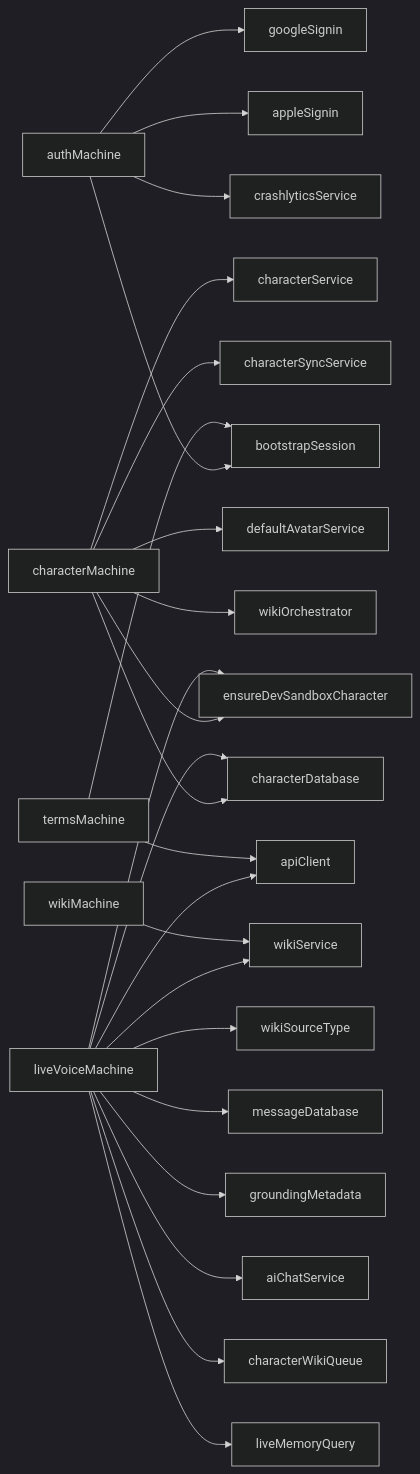
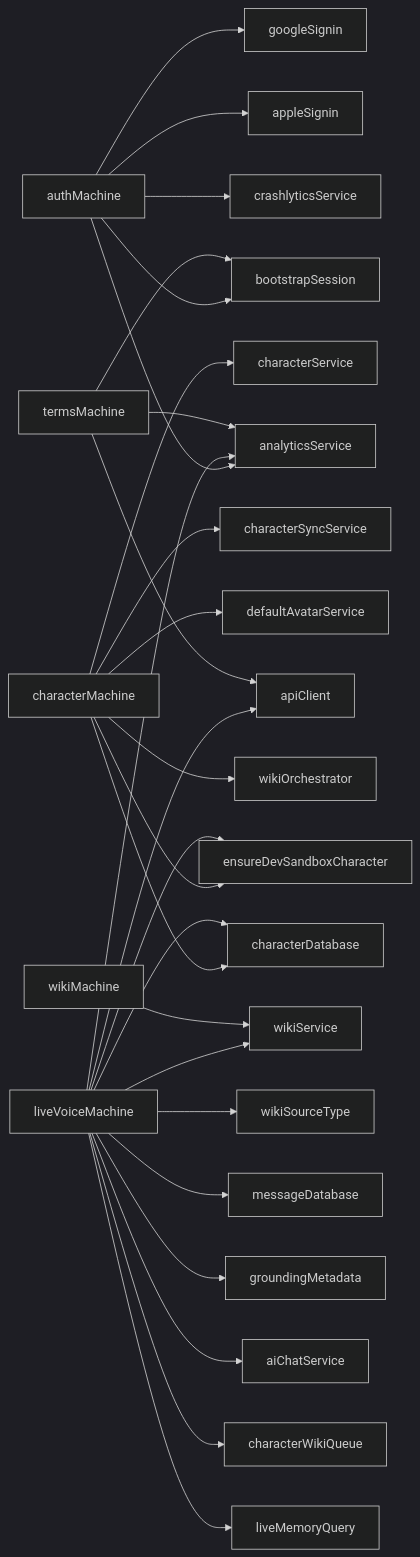
One commit to equationalapplications/clanker changed the diagram in docs/flowcharts/MACHINES.md. Above: the diagram before and after it, drawn with Mermaid (dark theme). The commit also changed 4 other files, not shown here.

First line of the commit message:
docs: update analytics flowcharts and store listing copy

````diff
--- a/docs/flowcharts/MACHINES.md
+++ b/docs/flowcharts/MACHINES.md
@@ -4,26 +4,29 @@
 ```mermaid
 graph LR
   authMachine --> googleSignin
   authMachine --> appleSignin
   authMachine --> bootstrapSession
   authMachine --> crashlyticsService
+  authMachine --> analyticsService
   characterMachine --> characterService
   characterMachine --> characterDatabase
   characterMachine --> characterSyncService
   characterMachine --> defaultAvatarService
   characterMachine --> wikiOrchestrator
   characterMachine --> ensureDevSandboxCharacter
+  liveVoiceMachine --> analyticsService
   liveVoiceMachine --> ensureDevSandboxCharacter
   liveVoiceMachine --> wikiService
   liveVoiceMachine --> apiClient
   liveVoiceMachine --> wikiSourceType
   liveVoiceMachine --> messageDatabase
   liveVoiceMachine --> characterDatabase
   liveVoiceMachine --> groundingMetadata
   liveVoiceMachine --> aiChatService
   liveVoiceMachine --> characterWikiQueue
   liveVoiceMachine --> liveMemoryQuery
   termsMachine --> apiClient
+  termsMachine --> analyticsService
   termsMachine --> bootstrapSession
   wikiMachine --> wikiService
 ```
````
